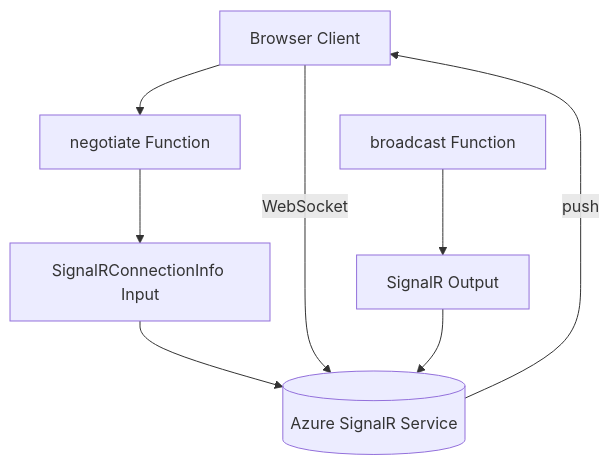
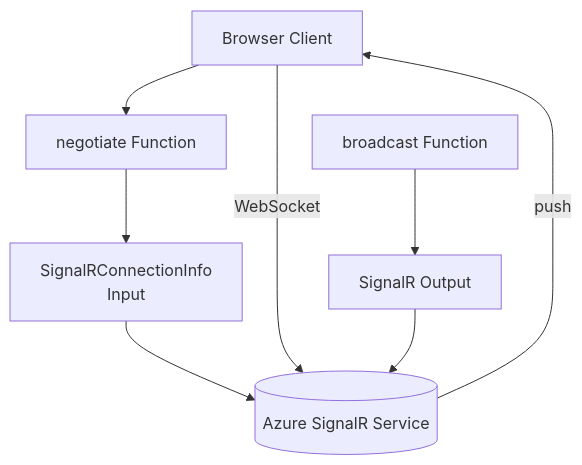
One commit to yeongseon/azure-functions-practical-guide changed the diagram in docs/language-guides/nodejs/recipes/signalr.md. Above: the diagram before and after it, drawn with Mermaid. The commit also changed other lines of this file and 4 other files, not shown here.

First line of the commit message:
docs(diagrams): improve Node.js SignalR Table testing and timer flows (#508)

````diff
--- a/docs/language-guides/nodejs/recipes/signalr.md
+++ b/docs/language-guides/nodejs/recipes/signalr.md
@@ -22,10 +23,12 @@
 ```mermaid
 flowchart TD
+    accTitle: Node.js SignalR negotiation and broadcast relationships
+    accDescr: In this serverless-mode recipe, the browser obtains connection information from the negotiate function and connects to SignalR Service over the depicted WebSocket transport. The broadcast function uses the output binding to send through the service to the client. Binding arrows show logical relationships, not a token-generation network request sequence.
     CLIENT[Browser Client] --> NEG[negotiate Function]
-    NEG --> INFO[SignalRConnectionInfo Input]
+    NEG --> INFO["SignalRConnectionInfo<br/>Input"]
     INFO --> SR[(Azure SignalR Service)]
     CLIENT -->|WebSocket| SR
     PUB[broadcast Function] --> OUT[SignalR Output]
     OUT --> SR
     SR -->|push| CLIENT
 ```
````
